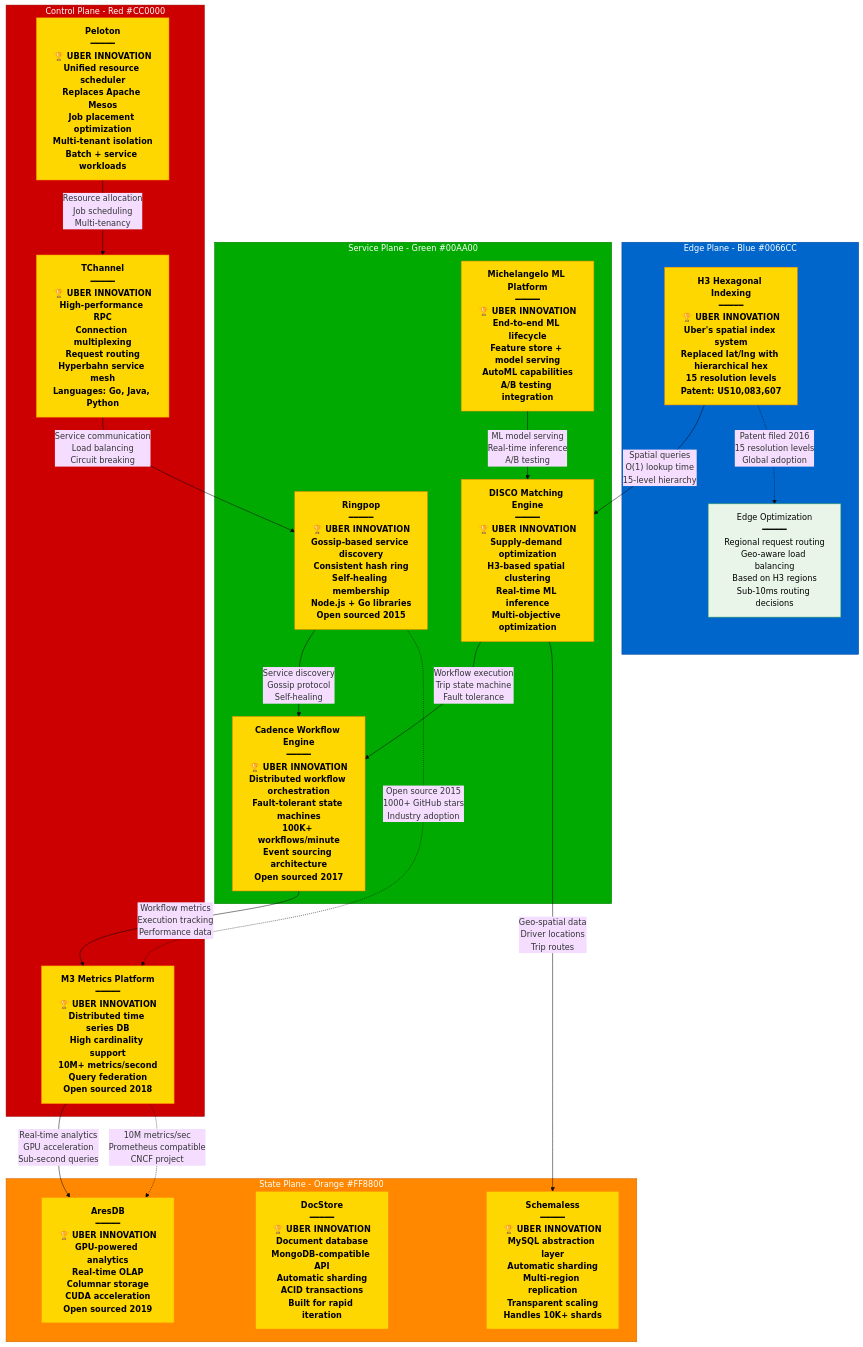
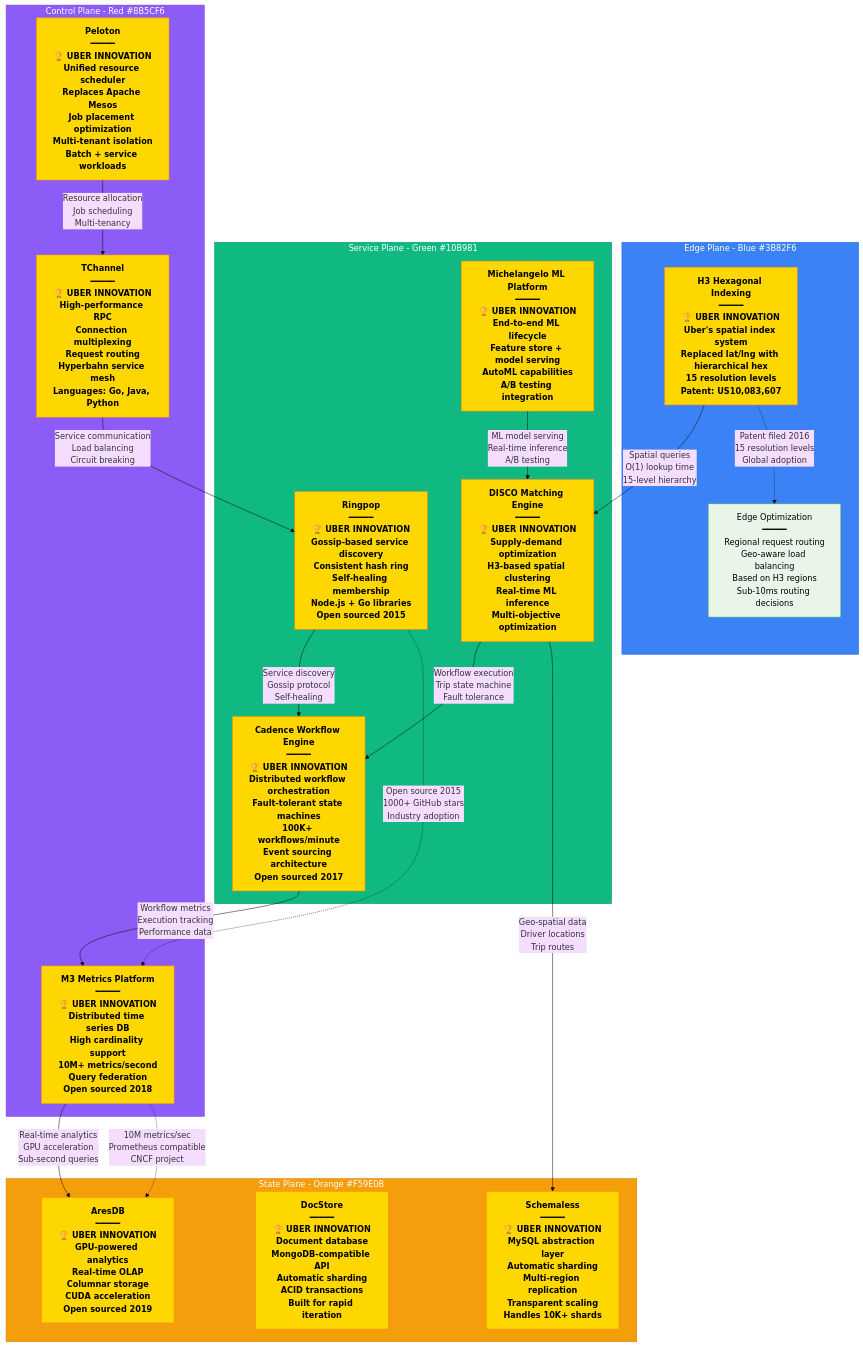
Before and after one commit to deepaucksharma/DS: the diagram in site/docs/systems/uber/novel-solutions.md, drawn with Mermaid (base theme). The commit also changed 303 other files, not shown here.

````diff
--- a/site/docs/systems/uber/novel-solutions.md
+++ b/site/docs/systems/uber/novel-solutions.md
@@ -7,68 +7,68 @@
 ```mermaid
 graph TB
-    subgraph EdgePlane["Edge Plane - Blue #0066CC"]
-        style EdgePlane fill:#0066CC,stroke:#004499,color:#fff
+    subgraph EdgePlane["Edge Plane - Blue #3B82F6"]
+        style EdgePlane fill:#3B82F6,stroke:#2563EB,color:#fff
 
         GeoHashing["H3 Hexagonal Indexing<br/>━━━━━<br/>🏆 UBER INNOVATION<br/>Uber's spatial index system<br/>Replaced lat/lng with hierarchical hex<br/>15 resolution levels<br/>Patent: US10,083,607"]
 
         EdgeOptimization["Edge Optimization<br/>━━━━━<br/>Regional request routing<br/>Geo-aware load balancing<br/>Based on H3 regions<br/>Sub-10ms routing decisions"]
     end
 
-    subgraph ServicePlane["Service Plane - Green #00AA00"]
-        style ServicePlane fill:#00AA00,stroke:#007700,color:#fff
+    subgraph ServicePlane["Service Plane - Green #10B981"]
+        style ServicePlane fill:#10B981,stroke:#059669,color:#fff
 
         Ringpop["Ringpop<br/>━━━━━<br/>🏆 UBER INNOVATION<br/>Gossip-based service discovery<br/>Consistent hash ring<br/>Self-healing membership<br/>Node.js + Go libraries<br/>Open sourced 2015"]
 
         Cadence["Cadence Workflow Engine<br/>━━━━━<br/>🏆 UBER INNOVATION<br/>Distributed workflow orchestration<br/>Fault-tolerant state machines<br/>100K+ workflows/minute<br/>Event sourcing architecture<br/>Open sourced 2017"]
 
         DISCO["DISCO Matching Engine<br/>━━━━━<br/>🏆 UBER INNOVATION<br/>Supply-demand optimization<br/>H3-based spatial clustering<br/>Real-time ML inference<br/>Multi-objective optimization"]
 
         Michelangelo["Michelangelo ML Platform<br/>━━━━━<br/>🏆 UBER INNOVATION<br/>End-to-end ML lifecycle<br/>Feature store + model serving<br/>AutoML capabilities<br/>A/B testing integration"]
     end
 
-    subgraph StatePlane["State Plane - Orange #FF8800"]
-        style StatePlane fill:#FF8800,stroke:#CC6600,color:#fff
+    subgraph StatePlane["State Plane - Orange #F59E0B"]
+        style StatePlane fill:#F59E0B,stroke:#D97706,color:#fff
 
         Schemaless["Schemaless<br/>━━━━━<br/>🏆 UBER INNOVATION<br/>MySQL abstraction layer<br/>Automatic sharding<br/>Multi-region replication<br/>Transparent scaling<br/>Handles 10K+ shards"]
 
         DocStore["DocStore<br/>━━━━━<br/>🏆 UBER INNOVATION<br/>Document database<br/>MongoDB-compatible API<br/>Automatic sharding<br/>ACID transactions<br/>Built for rapid iteration"]
 
         AresDB["AresDB<br/>━━━━━<br/>🏆 UBER INNOVATION<br/>GPU-powered analytics<br/>Real-time OLAP<br/>Columnar storage<br/>CUDA acceleration<br/>Open sourced 2019"]
     end
 
-    subgraph ControlPlane["Control Plane - Red #CC0000"]
-        style ControlPlane fill:#CC0000,stroke:#990000,color:#fff
+    subgraph ControlPlane["Control Plane - Red #8B5CF6"]
+        style ControlPlane fill:#8B5CF6,stroke:#7C3AED,color:#fff
 
         M3["M3 Metrics Platform<br/>━━━━━<br/>🏆 UBER INNOVATION<br/>Distributed time series DB<br/>High cardinality support<br/>10M+ metrics/second<br/>Query federation<br/>Open sourced 2018"]
 
         Peloton["Peloton<br/>━━━━━<br/>🏆 UBER INNOVATION<br/>Unified resource scheduler<br/>Replaces Apache Mesos<br/>Job placement optimization<br/>Multi-tenant isolation<br/>Batch + service workloads"]
 
         TChannel["TChannel<br/>━━━━━<br/>🏆 UBER INNOVATION<br/>High-performance RPC<br/>Connection multiplexing<br/>Request routing<br/>Hyperbahn service mesh<br/>Languages: Go, Java, Python"]
     end
 
     %% Innovation Flow Connections
     GeoHashing -->|"Spatial queries<br/>O(1) lookup time<br/>15-level hierarchy"| DISCO
     Ringpop -->|"Service discovery<br/>Gossip protocol<br/>Self-healing"| Cadence
     DISCO -->|"Workflow execution<br/>Trip state machine<br/>Fault tolerance"| Cadence
 
     Michelangelo -->|"ML model serving<br/>Real-time inference<br/>A/B testing"| DISCO
     Cadence -->|"Workflow metrics<br/>Execution tracking<br/>Performance data"| M3
 
     DISCO -->|"Geo-spatial data<br/>Driver locations<br/>Trip routes"| Schemaless
     M3 -->|"Real-time analytics<br/>GPU acceleration<br/>Sub-second queries"| AresDB
 
     Peloton -->|"Resource allocation<br/>Job scheduling<br/>Multi-tenancy"| TChannel
     TChannel -->|"Service communication<br/>Load balancing<br/>Circuit breaking"| Ringpop
 
     %% Innovation Metrics and Patents
     GeoHashing -.->|"Patent filed 2016<br/>15 resolution levels<br/>Global adoption"| EdgeOptimization
     Ringpop -.->|"Open source 2015<br/>1000+ GitHub stars<br/>Industry adoption"| M3
     M3 -.->|"10M metrics/sec<br/>Prometheus compatible<br/>CNCF project"| AresDB
 
     %% Apply innovation highlighting
     classDef innovationStyle fill:#FFD700,stroke:#FF8C00,color:#000,font-weight:bold
     classDef supportStyle fill:#E8F5E8,stroke:#4CAF50,color:#000,font-weight:normal
 
     class GeoHashing,Ringpop,Cadence,DISCO,Michelangelo,Schemaless,DocStore,AresDB,M3,Peloton,TChannel innovationStyle
     class EdgeOptimization supportStyle
 ```
````
